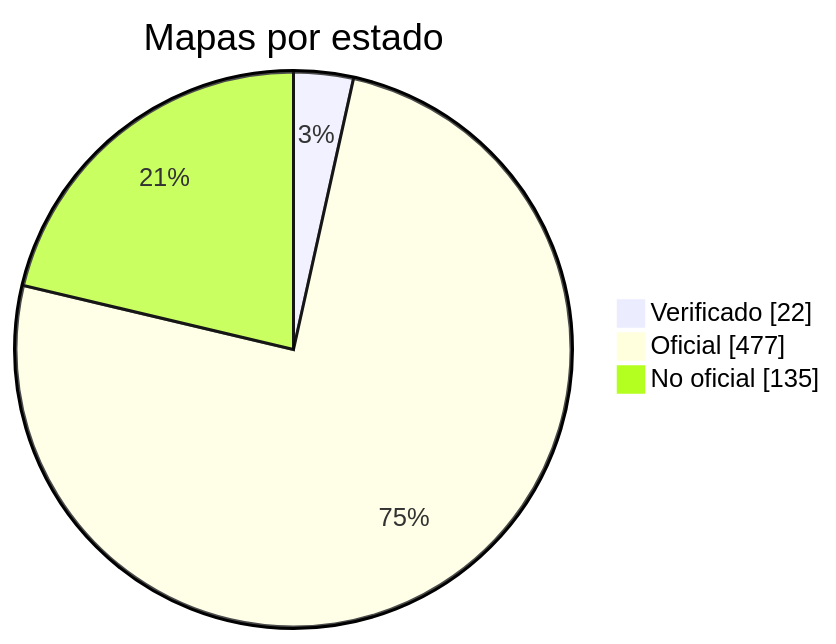
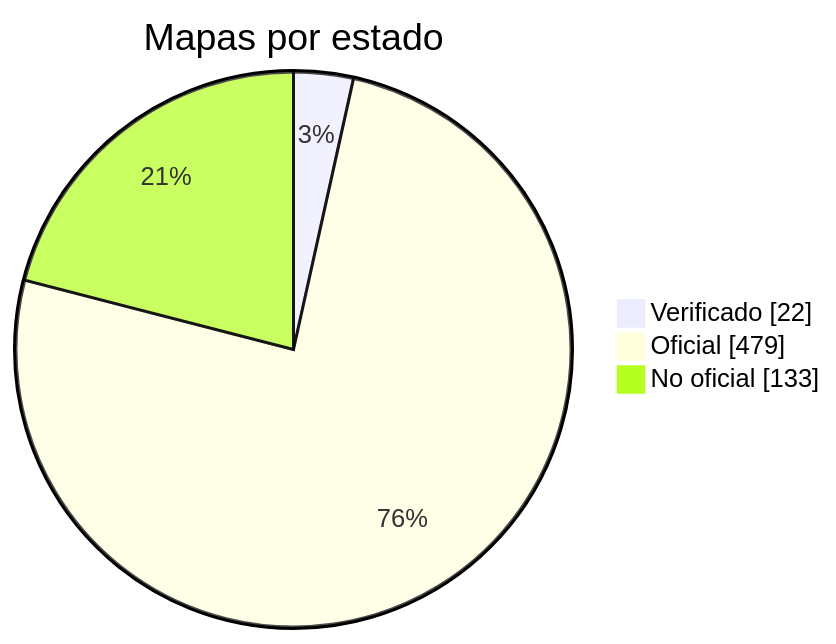
One commit to nobrega8/mbmap-library changed the diagram in docs/readme/README_ES.md. Above: the diagram before and after it, drawn with Mermaid. The commit also changed 7 other files, not shown here.

````diff
--- a/docs/readme/README_ES.md
+++ b/docs/readme/README_ES.md
@@ -54,7 +54,7 @@
 ```mermaid
 pie showData
     title Mapas por estado
     "Verificado" : 22
-    "Oficial" : 477
-    "No oficial" : 135
+    "Oficial" : 479
+    "No oficial" : 133
 ```
````
